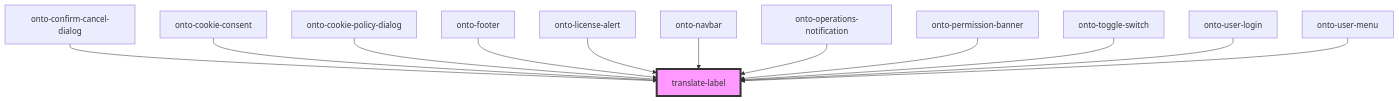
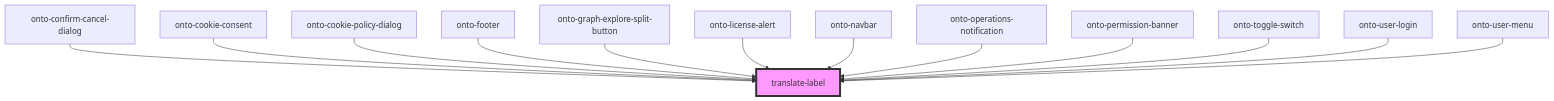
The diagram in packages/shared-components/src/components/translate-label/readme.md (Ontotext-AD/graphdb-workbench), drawn with Mermaid before and after one commit. The commit also changed other lines of this file and 51 other files, not shown here.

````diff
--- a/packages/shared-components/src/components/translate-label/readme.md
+++ b/packages/shared-components/src/components/translate-label/readme.md
@@ -44,15 +45,16 @@
 ```mermaid
 graph TD;
   onto-confirm-cancel-dialog --> translate-label
   onto-cookie-consent --> translate-label
   onto-cookie-policy-dialog --> translate-label
   onto-footer --> translate-label
+  onto-graph-explore-split-button --> translate-label
   onto-license-alert --> translate-label
   onto-navbar --> translate-label
   onto-operations-notification --> translate-label
   onto-permission-banner --> translate-label
   onto-toggle-switch --> translate-label
   onto-user-login --> translate-label
   onto-user-menu --> translate-label
   style translate-label fill:#f9f,stroke:#333,stroke-width:4px
 ```
````
